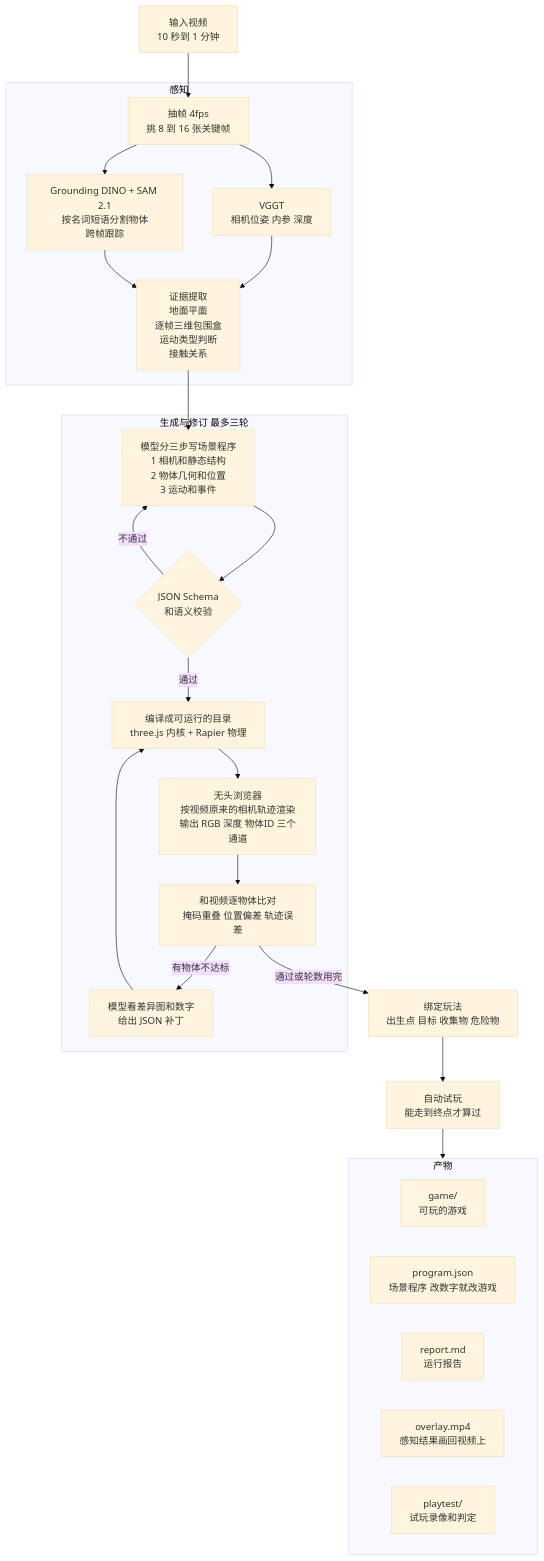
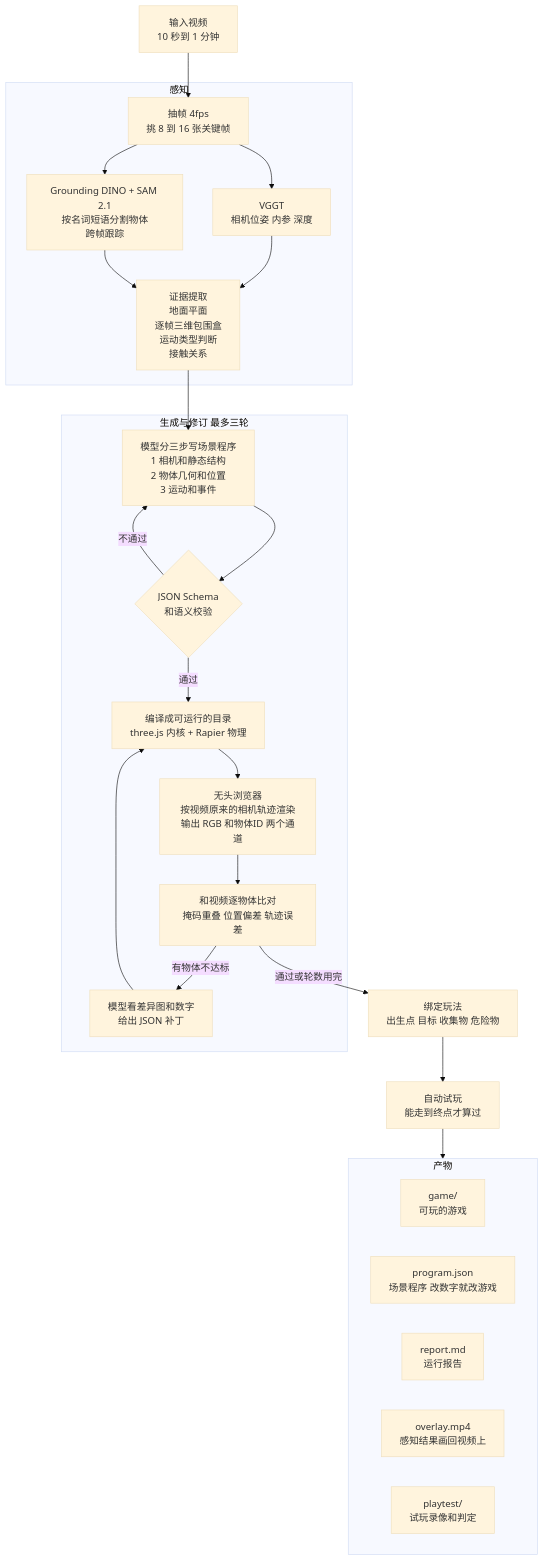
The diagram in README.md (jwj1342/GameWorldModel), drawn with Mermaid (base theme) before and after one commit. The commit also changed other lines of this file and 52 other files, not shown here.

````diff
--- a/README.md
+++ b/README.md
@@ -9,35 +15,35 @@
 ```mermaid
 flowchart TD
     V["输入视频<br/>10 秒到 1 分钟"] --> F["抽帧 4fps<br/>挑 8 到 16 张关键帧"]
 
     subgraph PERC["感知"]
         F --> G["VGGT<br/>相机位姿 内参 深度"]
         F --> D["Grounding DINO + SAM 2.1<br/>按名词短语分割物体<br/>跨帧跟踪"]
         G --> E["证据提取<br/>地面平面<br/>逐帧三维包围盒<br/>运动类型判断<br/>接触关系"]
         D --> E
     end
 
     E --> W["模型分三步写场景程序<br/>1 相机和静态结构<br/>2 物体几何和位置<br/>3 运动和事件"]
 
     subgraph LOOP["生成与修订 最多三轮"]
         W --> C{"JSON Schema<br/>和语义校验"}
         C -- 不通过 --> W
         C -- 通过 --> B["编译成可运行的目录<br/>three.js 内核 + Rapier 物理"]
-        B --> R["无头浏览器<br/>按视频原来的相机轨迹渲染<br/>输出 RGB 深度 物体ID 三个通道"]
+        B --> R["无头浏览器<br/>按视频原来的相机轨迹渲染<br/>输出 RGB 和物体ID 两个通道"]
         R --> M["和视频逐物体比对<br/>掩码重叠 位置偏差 轨迹误差"]
         M -- 有物体不达标 --> K["模型看差异图和数字<br/>给出 JSON 补丁"]
         K --> B
     end
 
     M -- 通过或轮数用完 --> BD["绑定玩法<br/>出生点 目标 收集物 危险物"]
     BD --> T["自动试玩<br/>能走到终点才算过"]
     T --> OUT
 
     subgraph OUT["产物"]
         O1["game/<br/>可玩的游戏"]
         O2["program.json<br/>场景程序 改数字就改游戏"]
         O3["report.md<br/>运行报告"]
         O4["overlay.mp4<br/>感知结果画回视频上"]
         O5["playtest/<br/>试玩录像和判定"]
     end
 ```
````
